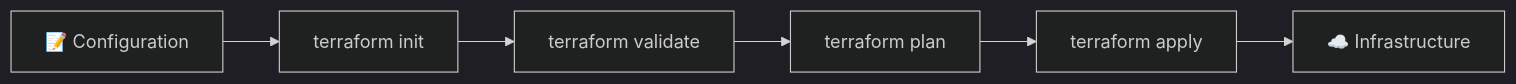
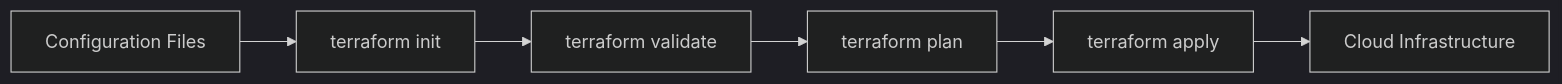
Diagram 15 of 37 in DevOps-Labs-and-Projects/ Day-06 to Day-12/README.md (Yuvii2102/My-Devops-Cloud-Journey), drawn with Mermaid (dark theme) before and after one commit. The commit also changed other lines of this file, not shown here.

````diff
--- a/DevOps-Labs-and-Projects/ Day-06 to Day-12/README.md
+++ b/DevOps-Labs-and-Projects/ Day-06 to Day-12/README.md
@@ -1044,8 +762,8 @@
 ```mermaid
 flowchart LR
-    A["📝 Configuration"] --> B["terraform init"]
+    A["Configuration Files"] --> B["terraform init"]
     B --> C["terraform validate"]
     C --> D["terraform plan"]
     D --> E["terraform apply"]
-    E --> F["☁️ Infrastructure"]
+    E --> F["Cloud Infrastructure"]
 ```
````
